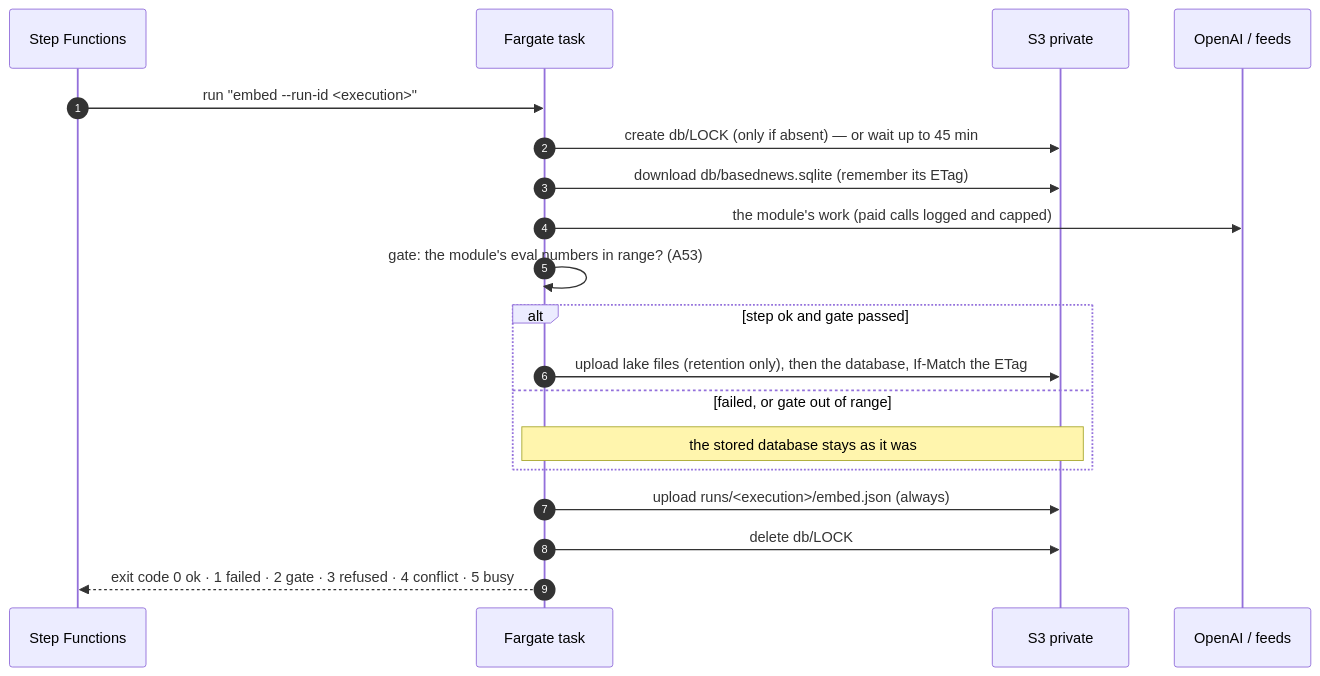
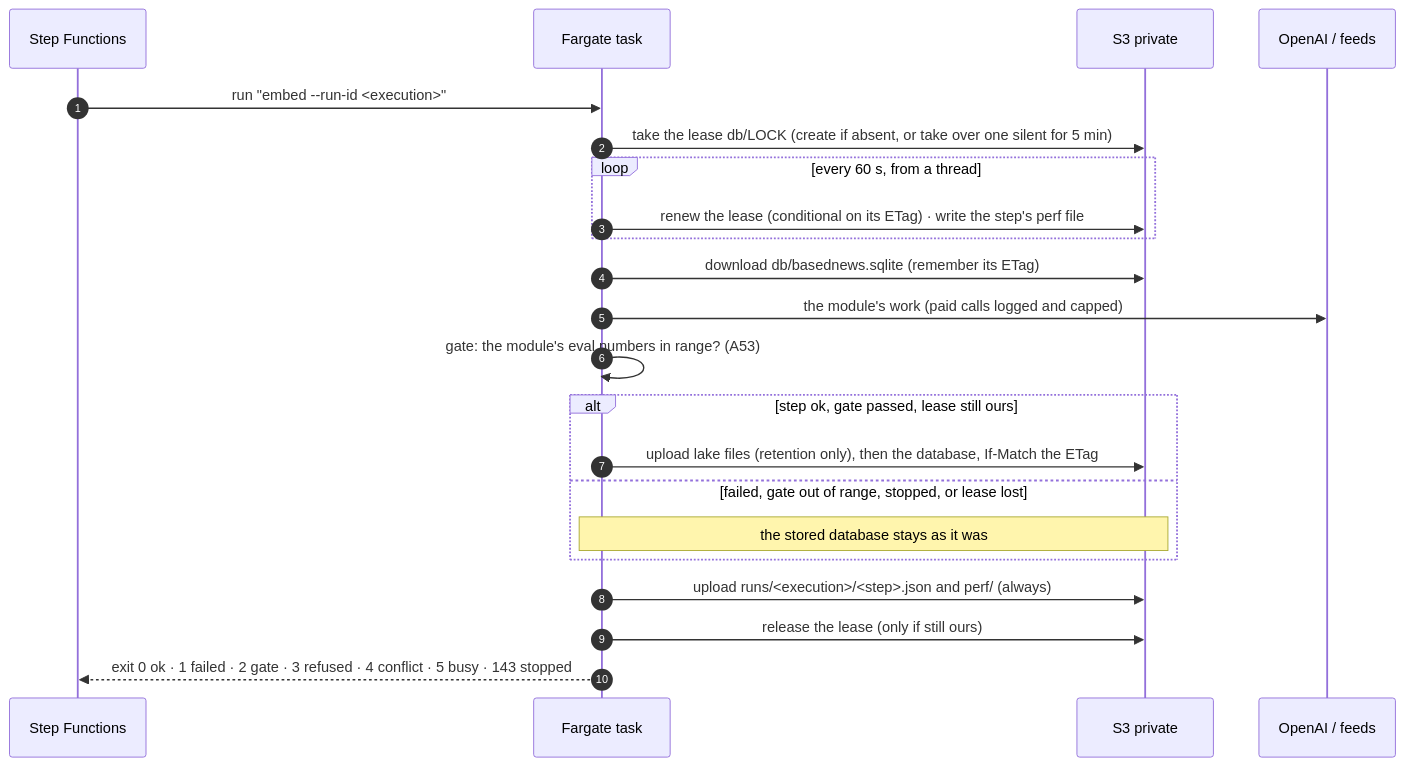
The second of 3 diagrams in docs/ARCHITECTURE.md (axelsolhall/BasedNews), drawn with Mermaid before and after one commit. The commit also changed other lines of this file and 48 other files, not shown here.

````diff
--- a/docs/ARCHITECTURE.md
+++ b/docs/ARCHITECTURE.md
@@ -48,21 +53,24 @@
 ```mermaid
 sequenceDiagram
   autonumber
   participant SF as Step Functions
   participant T as Fargate task
   participant S3 as S3 private
   participant AI as OpenAI / feeds
   SF->>T: run "embed --run-id <execution>"
-  T->>S3: create db/LOCK (only if absent) — or wait up to 45 min
+  T->>S3: take the lease db/LOCK (create if absent, or take over one silent for 5 min)
+  loop every 60 s, from a thread
+    T->>S3: renew the lease (conditional on its ETag) · write the step's perf file
+  end
   T->>S3: download db/basednews.sqlite (remember its ETag)
   T->>AI: the module's work (paid calls logged and capped)
   T->>T: gate: the module's eval numbers in range? (A53)
-  alt step ok and gate passed
+  alt step ok, gate passed, lease still ours
     T->>S3: upload lake files (retention only), then the database, If-Match the ETag
-  else failed, or gate out of range
+  else failed, gate out of range, stopped, or lease lost
     Note over T,S3: the stored database stays as it was
   end
-  T->>S3: upload runs/<execution>/embed.json (always)
-  T->>S3: delete db/LOCK
-  T-->>SF: exit code 0 ok · 1 failed · 2 gate · 3 refused · 4 conflict · 5 busy
+  T->>S3: upload runs/<execution>/<step>.json and perf/ (always)
+  T->>S3: release the lease (only if still ours)
+  T-->>SF: exit 0 ok · 1 failed · 2 gate · 3 refused · 4 conflict · 5 busy · 143 stopped
 ```
````
